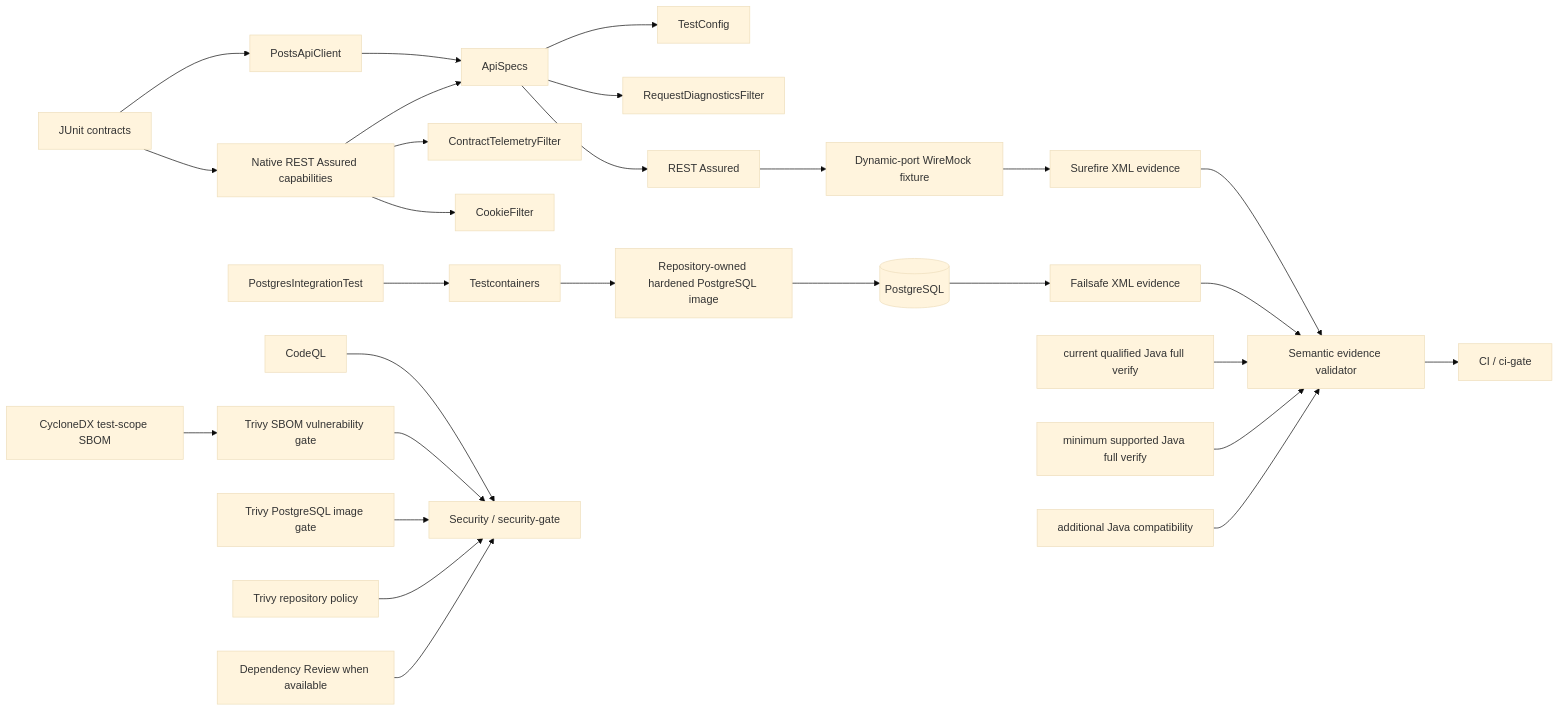
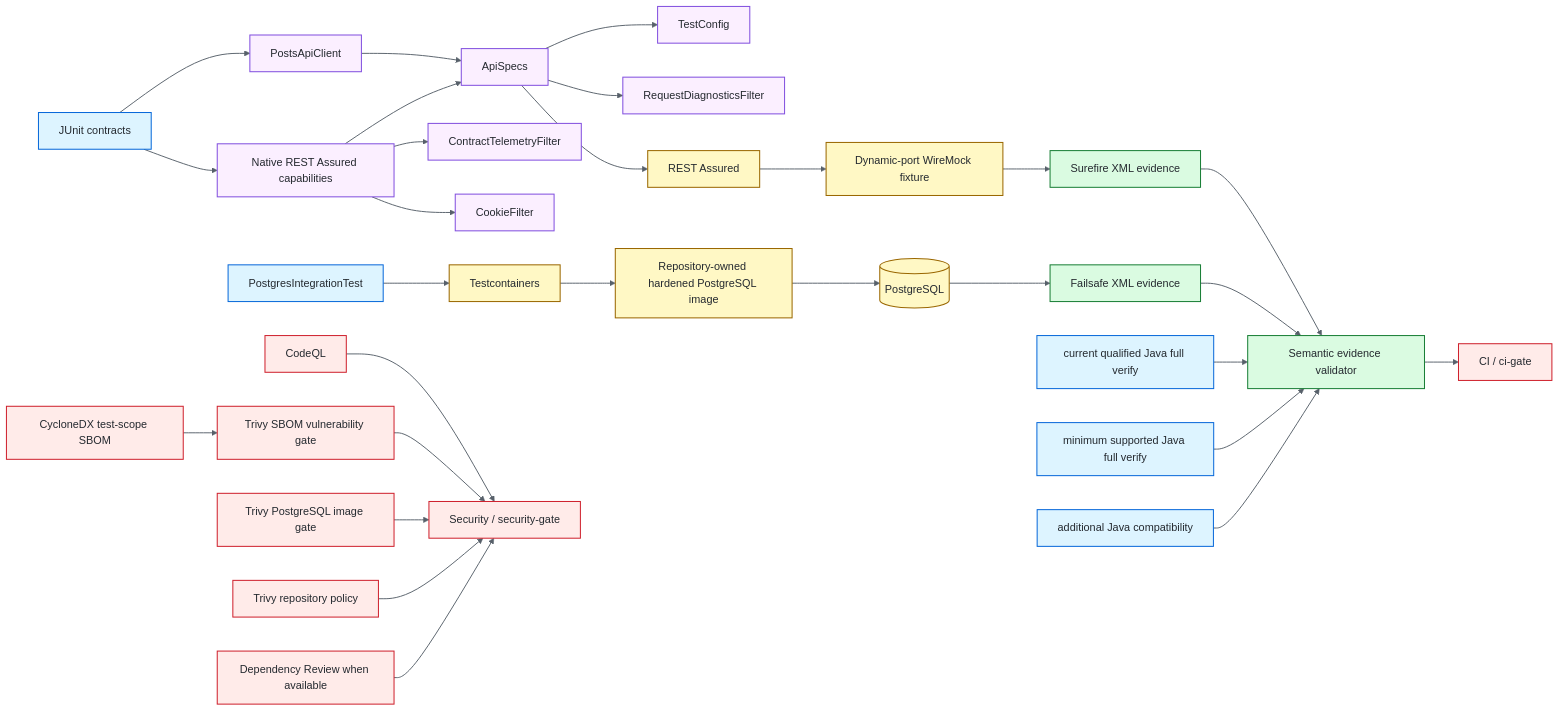
Before and after one commit to portyu9/qa-automation-java-restassured: the diagram in README.md, drawn with Mermaid (base theme).

Commit message:
docs: polish README architecture diagram
Add semantic color hierarchy to the root Mermaid architecture diagram without changing framework behavior or documentation claims.

````diff
--- a/README.md
+++ b/README.md
@@ -46,34 +46,46 @@
 ```mermaid
 flowchart LR
     TEST[JUnit contracts] --> CLIENT[PostsApiClient]
     TEST --> NATIVE[Native REST Assured capabilities]
     CLIENT --> SPEC[ApiSpecs]
     NATIVE --> SPEC
     SPEC --> CFG[TestConfig]
     SPEC --> DIAG[RequestDiagnosticsFilter]
     NATIVE --> TELE[ContractTelemetryFilter]
     NATIVE --> COOKIE[CookieFilter]
     SPEC --> RA[REST Assured]
     RA --> WM[Dynamic-port WireMock fixture]
 
     DBTEST[PostgresIntegrationTest] --> TC[Testcontainers]
     TC --> PGBUILD[Repository-owned hardened PostgreSQL image]
     PGBUILD --> PG[(PostgreSQL)]
 
     WM --> SURE[Surefire XML evidence]
     PG --> FAIL[Failsafe XML evidence]
     SURE --> EVIDENCE[Semantic evidence validator]
     FAIL --> EVIDENCE
 
     J25[current qualified Java full verify] --> EVIDENCE
     J17[minimum supported Java full verify] --> EVIDENCE
     J21[additional Java compatibility] --> EVIDENCE
 
     CODEQL[CodeQL] --> SG[Security / security-gate]
     BOM[CycloneDX test-scope SBOM] --> SBOMSCAN[Trivy SBOM vulnerability gate]
     SBOMSCAN --> SG
     PGSCAN[Trivy PostgreSQL image gate] --> SG
     REPO[Trivy repository policy] --> SG
     DEP[Dependency Review when available] --> SG
     EVIDENCE --> CIG[CI / ci-gate]
+
+    classDef entry fill:#ddf4ff,stroke:#0969da,color:#24292f,stroke-width:1.5px;
+    classDef policy fill:#fbefff,stroke:#8250df,color:#24292f,stroke-width:1.5px;
+    classDef runtime fill:#fff8c5,stroke:#9a6700,color:#24292f,stroke-width:1.5px;
+    classDef evidence fill:#dafbe1,stroke:#1a7f37,color:#24292f,stroke-width:1.5px;
+    classDef gate fill:#ffebe9,stroke:#cf222e,color:#24292f,stroke-width:1.5px;
+    class TEST,DBTEST,J25,J17,J21 entry;
+    class CLIENT,NATIVE,SPEC,CFG,DIAG,TELE,COOKIE policy;
+    class RA,WM,TC,PGBUILD,PG runtime;
+    class SURE,FAIL,EVIDENCE evidence;
+    class CODEQL,BOM,SBOMSCAN,PGSCAN,REPO,DEP,SG,CIG gate;
+    linkStyle default stroke:#57606a,stroke-width:1.4px;
 ```
````
